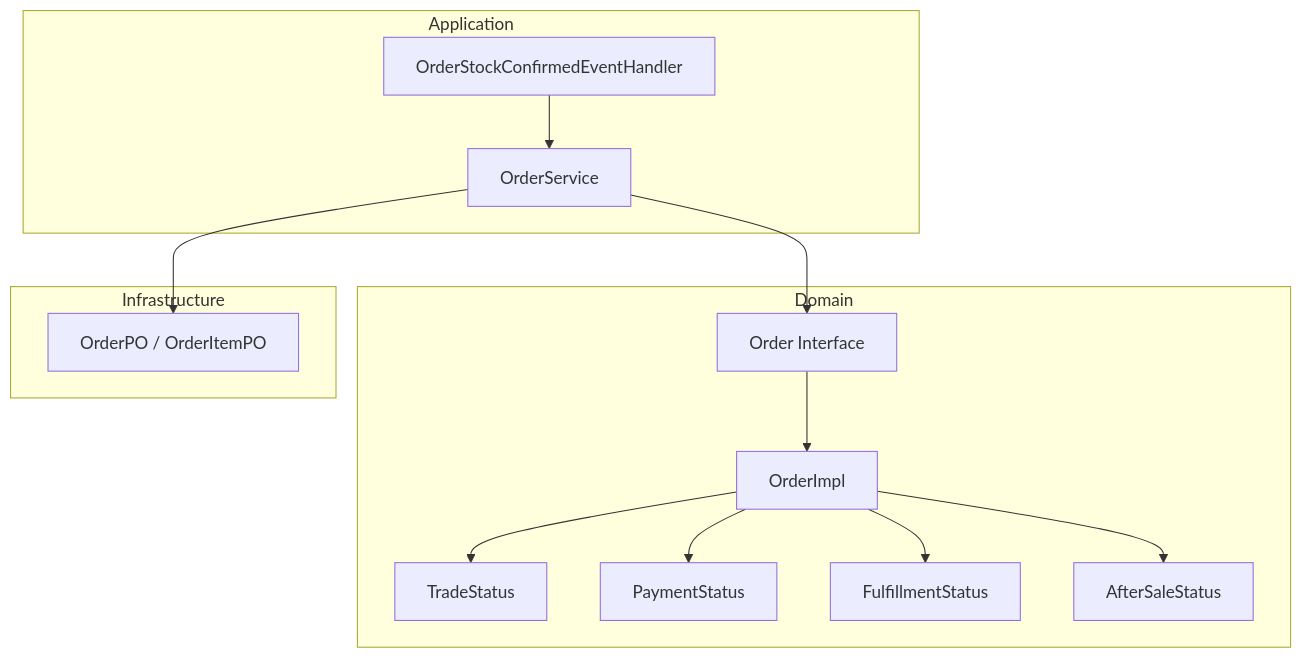
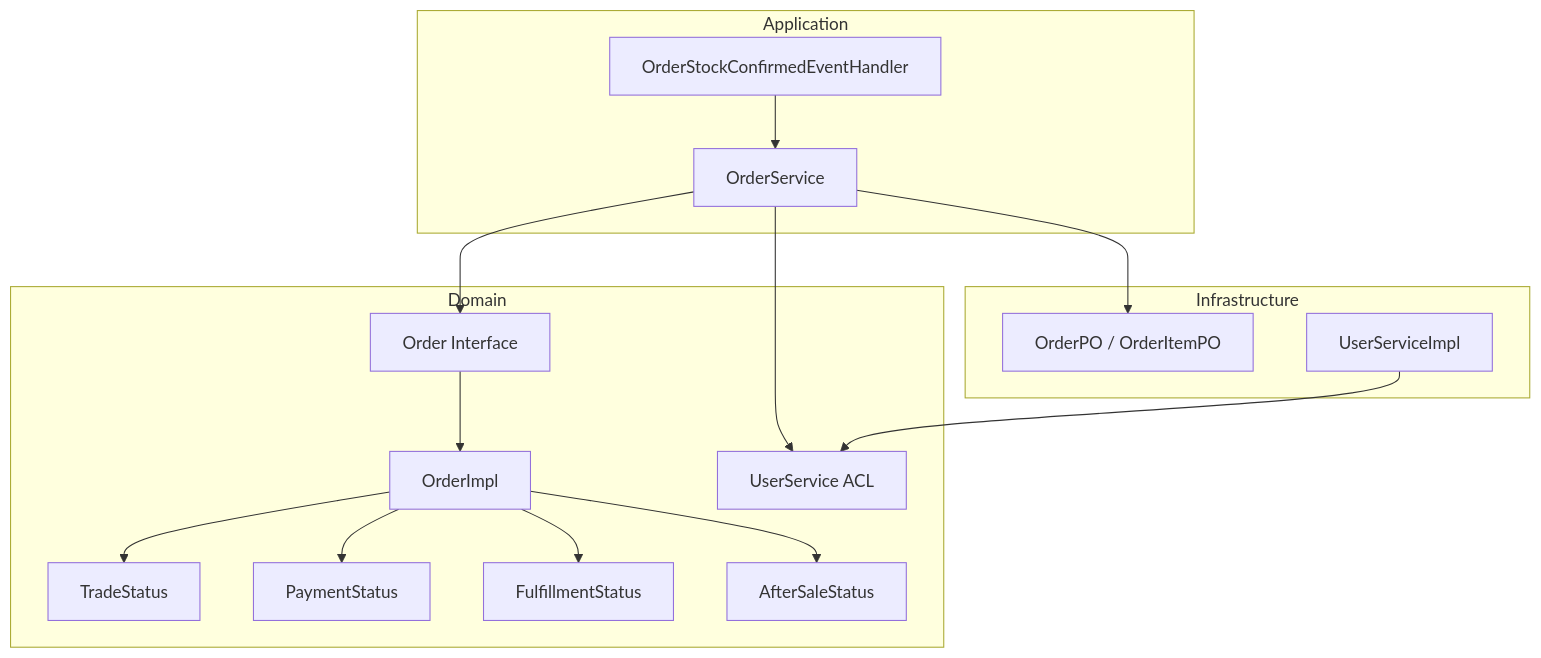
The first of 8 diagrams in .qoder/repowiki/en/content/Order Management Module/Order Management Module.md (ddd-mall/j-store), drawn with Mermaid before and after one commit. The commit also changed other lines of this file and 334 other files, not shown here.

````diff
--- a/.qoder/repowiki/en/content/Order Management Module/Order Management Module.md
+++ b/.qoder/repowiki/en/content/Order Management Module/Order Management Module.md
@@ -37,26 +51,30 @@
 ```mermaid
 graph TB
 subgraph "Domain"
 OI["Order Interface"]
 OI_IMPL["OrderImpl"]
 TS["TradeStatus"]
 PS["PaymentStatus"]
 FS["FulfillmentStatus"]
 AS["AfterSaleStatus"]
+US["UserService ACL"]
 end
 subgraph "Application"
 OS["OrderService"]
 OSEH["OrderStockConfirmedEventHandler"]
 end
 subgraph "Infrastructure"
 PO["OrderPO / OrderItemPO"]
+USI["UserServiceImpl"]
 end
 OI --> OI_IMPL
 OI_IMPL --> TS
 OI_IMPL --> PS
 OI_IMPL --> FS
 OI_IMPL --> AS
+OS --> US
 OS --> OI
 OSEH --> OS
 OS --> PO
+USI --> US
 ```
````
